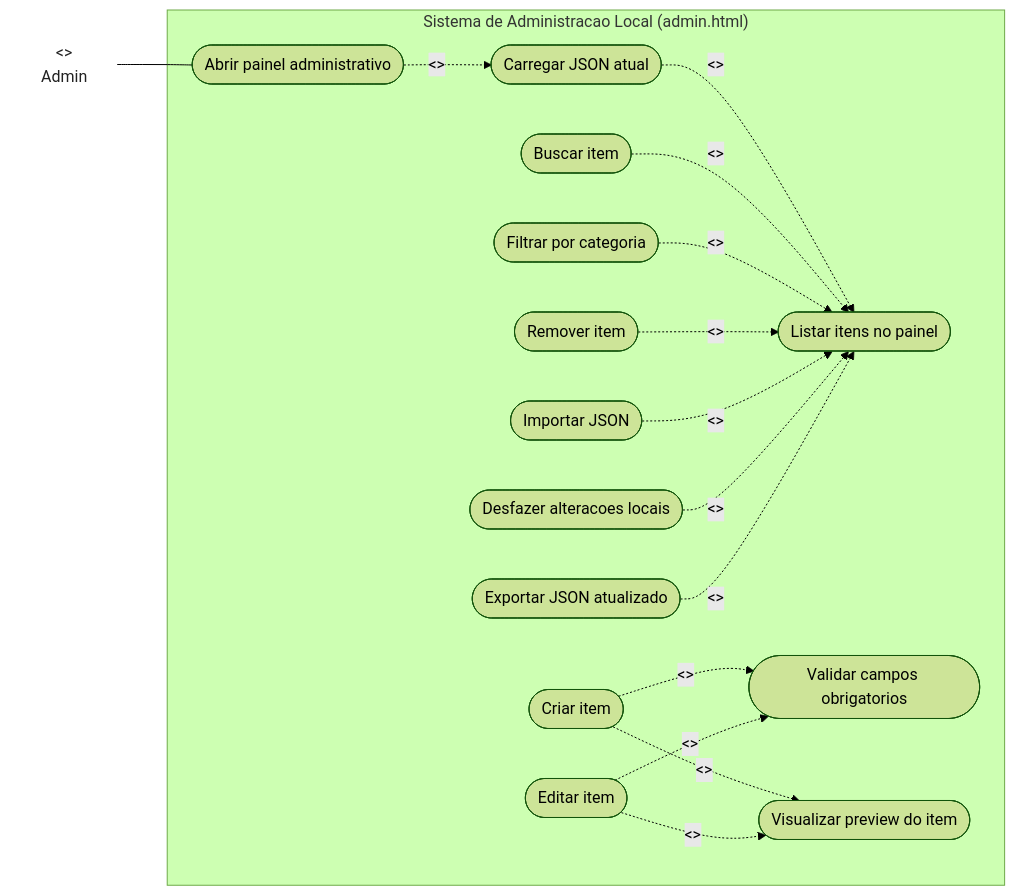
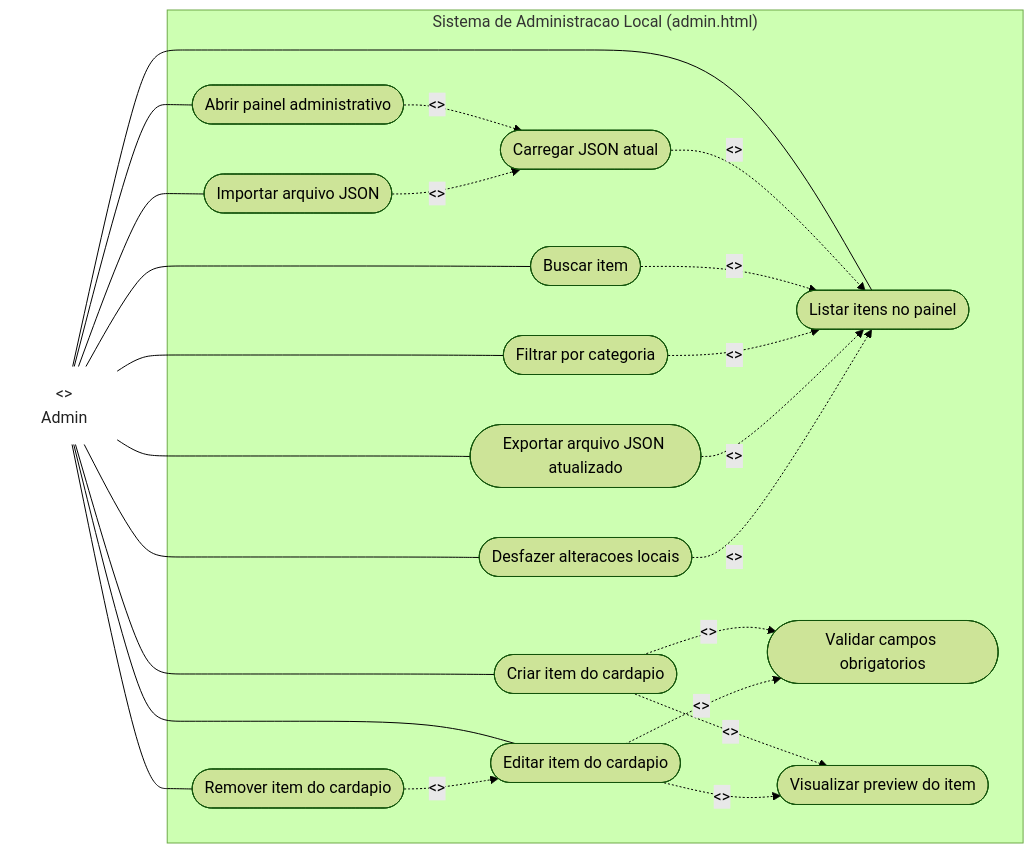
Before and after one commit to senai-cortex/menu-project: the diagram in docs/diagramas/diagrama-caso-de-uso-cenario.mmd, drawn with Mermaid (forest theme). The commit also changed 1 other file, not shown here.

Commit message:
diagramas fix

```diff
--- a/docs/diagramas/diagrama-caso-de-uso-cenario.mmd
+++ b/docs/diagramas/diagrama-caso-de-uso-cenario.mmd
@@ -1,39 +1,48 @@
 flowchart LR
   actor_admin["<<actor>>\nAdmin"]
 
   subgraph sistema["Sistema de Administracao Local (admin.html)"]
     uc_abrir_painel([Abrir painel administrativo])
     uc_carregar_json([Carregar JSON atual])
     uc_listar_admin([Listar itens no painel])
     uc_buscar_admin([Buscar item])
     uc_filtrar_admin([Filtrar por categoria])
-    uc_criar([Criar item])
-    uc_editar([Editar item])
+    uc_criar([Criar item do cardapio])
+    uc_editar([Editar item do cardapio])
     uc_validar([Validar campos obrigatorios])
     uc_preview([Visualizar preview do item])
-    uc_remover([Remover item])
-    uc_importar([Importar JSON])
-    uc_exportar([Exportar JSON atualizado])
+    uc_remover([Remover item do cardapio])
+    uc_importar([Importar arquivo JSON])
+    uc_exportar([Exportar arquivo JSON atualizado])
     uc_resetar([Desfazer alteracoes locais])
   end
 
   actor_admin --- uc_abrir_painel
+  actor_admin --- uc_listar_admin
+  actor_admin --- uc_buscar_admin
+  actor_admin --- uc_filtrar_admin
+  actor_admin --- uc_criar
+  actor_admin --- uc_editar
+  actor_admin --- uc_remover
+  actor_admin --- uc_importar
+  actor_admin --- uc_exportar
+  actor_admin --- uc_resetar
 
   uc_abrir_painel -. "<<include>>" .-> uc_carregar_json
   uc_carregar_json -. "<<include>>" .-> uc_listar_admin
 
   uc_buscar_admin -. "<<extend>>" .-> uc_listar_admin
   uc_filtrar_admin -. "<<extend>>" .-> uc_listar_admin
 
   uc_criar -. "<<include>>" .-> uc_validar
   uc_editar -. "<<include>>" .-> uc_validar
   uc_criar -. "<<include>>" .-> uc_preview
   uc_editar -. "<<include>>" .-> uc_preview
 
-  uc_remover -. "<<extend>>" .-> uc_listar_admin
-  uc_importar -. "<<extend>>" .-> uc_listar_admin
+  uc_remover -. "<<extend>>" .-> uc_editar
+  uc_importar -. "<<extend>>" .-> uc_carregar_json
+  uc_exportar -. "<<extend>>" .-> uc_listar_admin
   uc_resetar -. "<<extend>>" .-> uc_listar_admin
-  uc_exportar -. "<<extend>>" .-> uc_listar_admin
 
   classDef actor fill:transparent,stroke:transparent,color:#222;
   class actor_admin actor;
```
